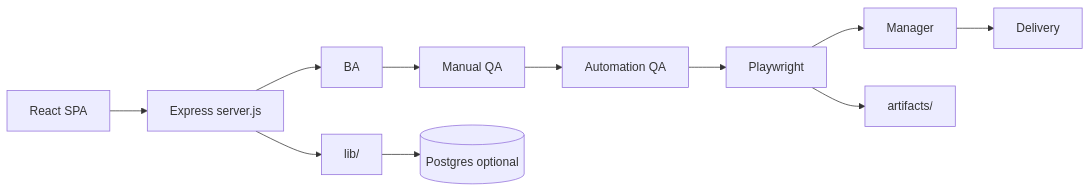
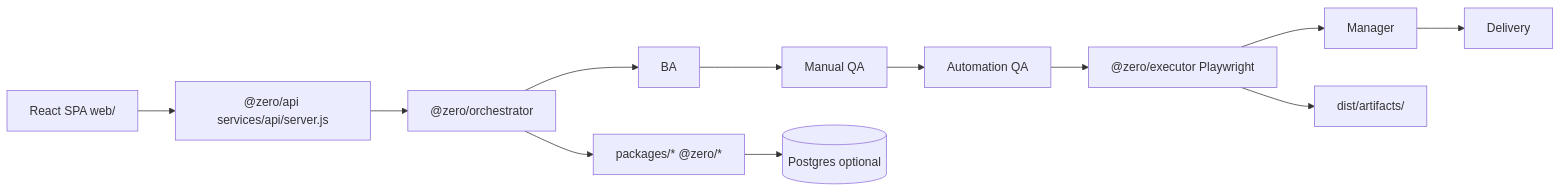
Before and after one commit to WisecraftAI/Zero: the first of 3 diagrams in .agents/skills/zero-diagrams/SKILL.md, drawn with Mermaid. The commit also changed other lines of this file and 525 other files, not shown here.

````diff
--- a/.agents/skills/zero-diagrams/SKILL.md
+++ b/.agents/skills/zero-diagrams/SKILL.md
@@ -42,13 +42,14 @@
 ```mermaid
 flowchart LR
-  UI[React SPA] --> API[Express server.js]
-  API --> BA[BA]
+  UI[React SPA web/] --> API["@zero/api services/api/server.js"]
+  API --> ORCH["@zero/orchestrator"]
+  ORCH --> BA[BA]
   BA --> MQ[Manual QA]
   MQ --> AQ[Automation QA]
-  AQ --> EX[Playwright]
+  AQ --> EX["@zero/executor Playwright"]
   EX --> MG[Manager]
   MG --> DL[Delivery]
-  API --> LIB[lib/]
-  LIB --> PG[(Postgres optional)]
-  EX --> ART[artifacts/]
+  ORCH --> PKG["packages/* @zero/*"]
+  PKG --> PG[(Postgres optional)]
+  EX --> ART[dist/artifacts/]
 ```
````
